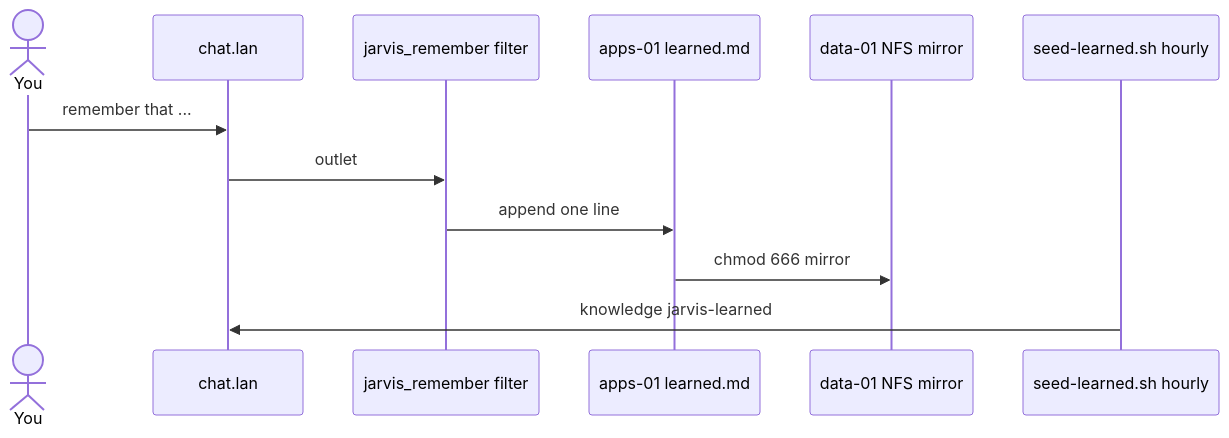
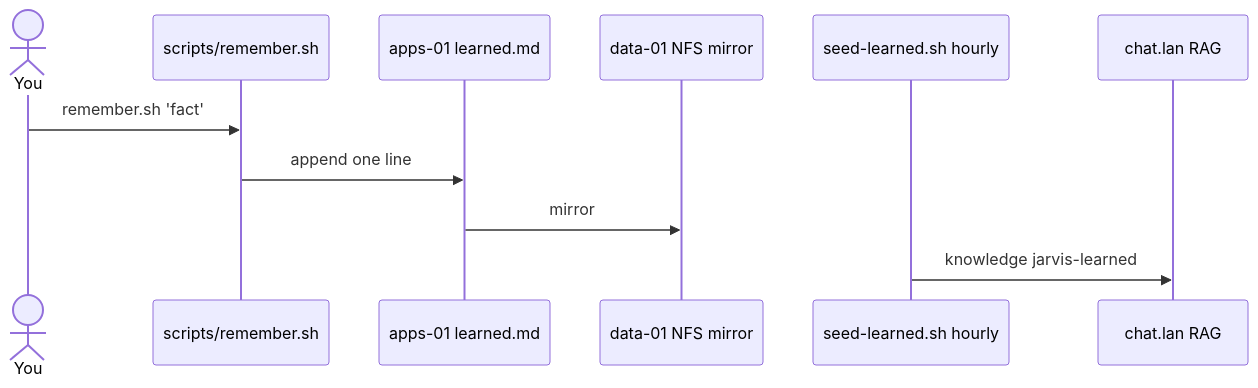
The seventh of 9 diagrams in README.md (gordoncooper/jarvis-infra), drawn with Mermaid before and after one commit. The commit also changed other lines of this file and 6 other files, not shown here.

````diff
--- a/README.md
+++ b/README.md
@@ -282,14 +291,13 @@
 ```mermaid
 sequenceDiagram
   actor You
-  participant Chat as chat.lan
-  participant F as jarvis_remember filter
+  participant Sh as scripts/remember.sh
   participant File as apps-01 learned.md
   participant NFS as data-01 NFS mirror
   participant Seed as seed-learned.sh hourly
-  You->>Chat: remember that ...
-  Chat->>F: outlet
-  F->>File: append one line
-  File->>NFS: chmod 666 mirror
+  participant Chat as chat.lan RAG
+  You->>Sh: remember.sh 'fact'
+  Sh->>File: append one line
+  File->>NFS: mirror
   Seed->>Chat: knowledge jarvis-learned
 ```
````
